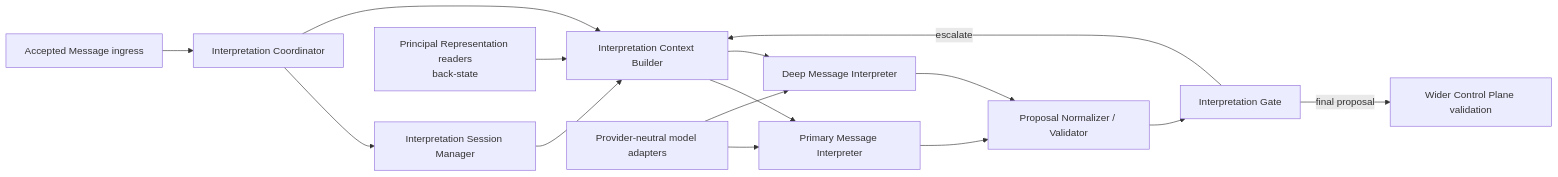
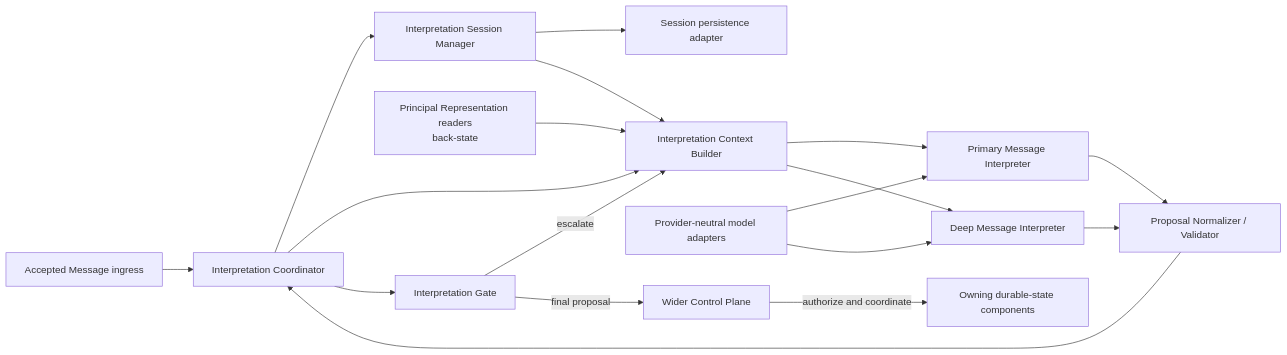
One commit to flancer32/alarisa-back-control changed the diagram in ctx/docs/architecture/structure.md. Above: the diagram before and after it, drawn with Mermaid. The commit also changed other lines of this file and 14 other files, not shown here.

Commit message:
Refine Control Plane context after review

````diff
--- a/ctx/docs/architecture/structure.md
+++ b/ctx/docs/architecture/structure.md
@@ -12,29 +12,34 @@
 ```mermaid
 flowchart LR
     ingress[Accepted Message ingress]
     coordinator[Interpretation Coordinator]
     session[Interpretation Session Manager]
+    sessionStore[Session persistence adapter]
     context[Interpretation Context Builder]
+    state[Principal Representation readers<br/>back-state]
     primary[Primary Message Interpreter]
     normalizer[Proposal Normalizer / Validator]
     gate[Interpretation Gate]
     deep[Deep Message Interpreter]
-    state[Principal Representation readers<br/>back-state]
     models[Provider-neutral model adapters]
-    control[Wider Control Plane validation]
+    control[Wider Control Plane]
+    owners[Owning durable-state components]
 
     ingress --> coordinator
     coordinator --> session
+    session --> sessionStore
     coordinator --> context
     session --> context
     state --> context
     context --> primary
     primary --> normalizer
-    normalizer --> gate
+    normalizer --> coordinator
+    coordinator --> gate
     gate -->|escalate| context
     context --> deep
     deep --> normalizer
     gate -->|final proposal| control
+    control -->|authorize and coordinate| owners
     models --> primary
     models --> deep
 ```
````
